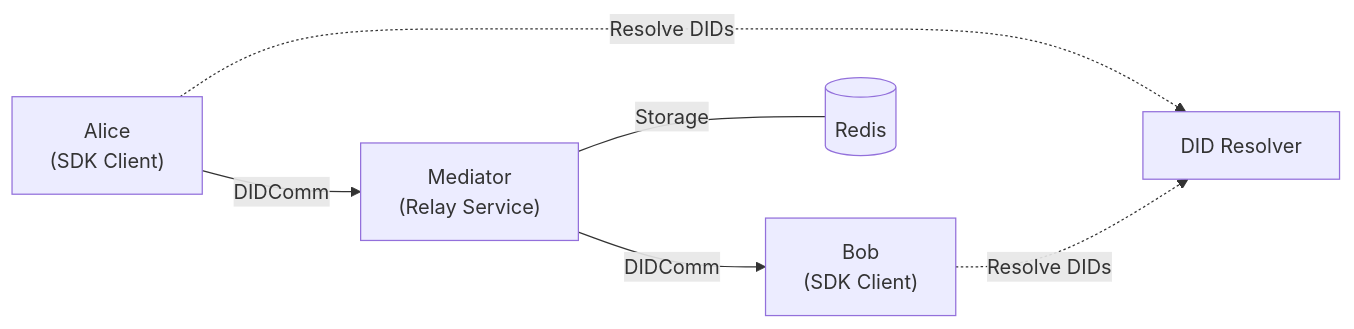
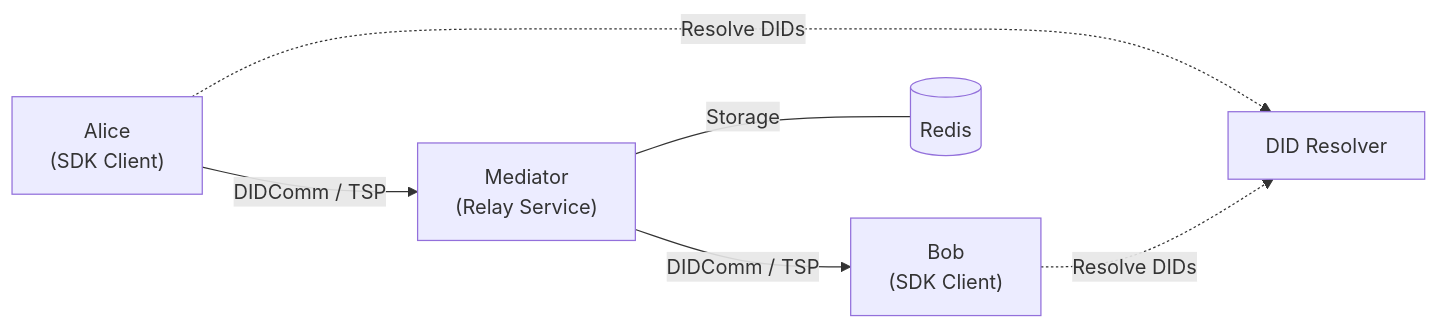
The diagram in crates/messaging/README.md (affinidi/affinidi-tdk-rs), drawn with Mermaid before and after one commit. The commit also changed other lines of this file and 250 other files, not shown here.

````diff
--- a/crates/messaging/README.md
+++ b/crates/messaging/README.md
@@ -17,8 +18,8 @@
 ```mermaid
 graph LR
-    A["Alice<br/>(SDK Client)"] -->|DIDComm| M["Mediator<br/>(Relay Service)"]
-    M -->|DIDComm| B["Bob<br/>(SDK Client)"]
+    A["Alice<br/>(SDK Client)"] -->|DIDComm / TSP| M["Mediator<br/>(Relay Service)"]
+    M -->|DIDComm / TSP| B["Bob<br/>(SDK Client)"]
     M ---|Storage| R[(Redis)]
     A -.->|Resolve DIDs| DR["DID Resolver"]
     B -.->|Resolve DIDs| DR
 ```
````
